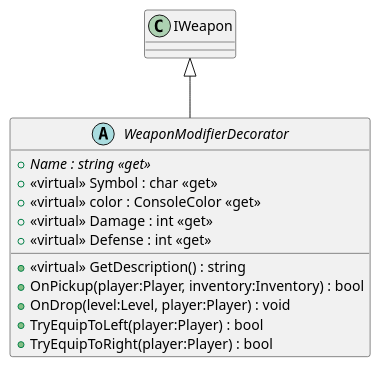
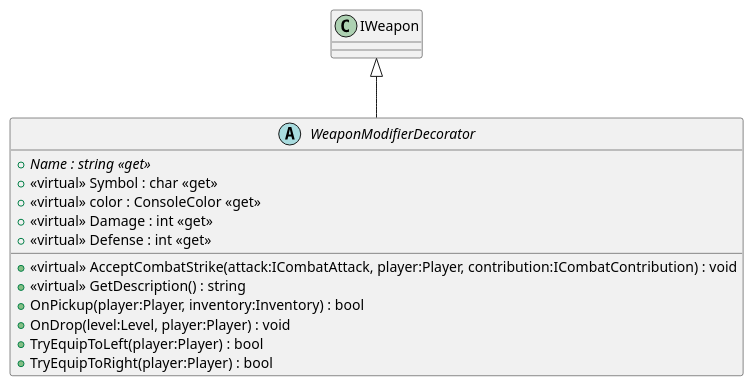
One commit to hriday111/RPG-game changed the diagram in diagrams/plantuml/items/Modifiers/WeaponModifierDecorator.puml. Above: the diagram before and after it, drawn with PlantUML. The commit also changed 15 other files, not shown here.

```diff
--- a/diagrams/plantuml/items/Modifiers/WeaponModifierDecorator.puml
+++ b/diagrams/plantuml/items/Modifiers/WeaponModifierDecorator.puml
@@ -1,15 +1,16 @@
 @startuml
 abstract class WeaponModifierDecorator {
     + {abstract} Name : string <<get>>
     + <<virtual>> Symbol : char <<get>>
     + <<virtual>> color : ConsoleColor <<get>>
     + <<virtual>> Damage : int <<get>>
     + <<virtual>> Defense : int <<get>>
+    + <<virtual>> AcceptCombatStrike(attack:ICombatAttack, player:Player, contribution:ICombatContribution) : void
     + <<virtual>> GetDescription() : string
     + OnPickup(player:Player, inventory:Inventory) : bool
     + OnDrop(level:Level, player:Player) : void
     + TryEquipToLeft(player:Player) : bool
     + TryEquipToRight(player:Player) : bool
 }
 IWeapon <|-- WeaponModifierDecorator
 @enduml
```
